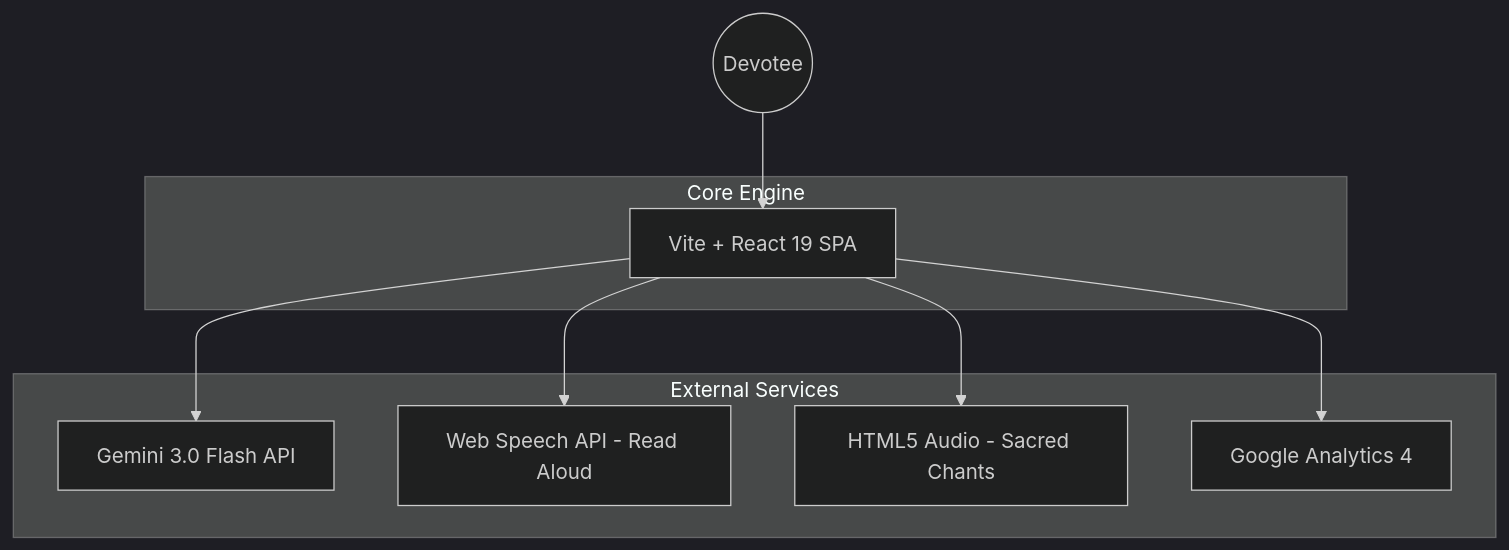
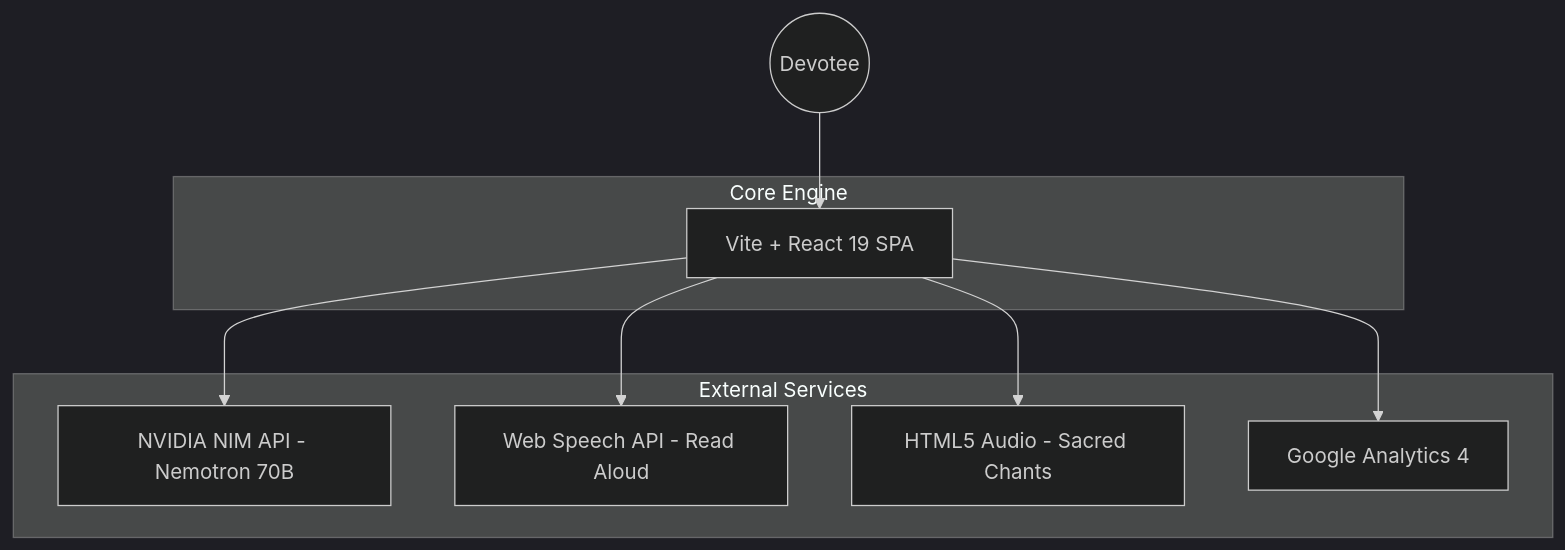
One commit to rahulcvwebsitehosting/KM-Periyava changed the diagram in README.md. Above: the diagram before and after it, drawn with Mermaid (dark theme). The commit also changed other lines of this file and 9 other files, not shown here.

Commit message:
feat: swap Gemini AI for NVIDIA NIM (Nemotron 70B), fix admin env & date bugs

````diff
--- a/README.md
+++ b/README.md
@@ -33,19 +33,19 @@
 ```mermaid
 graph TD
     User((Devotee)) --> Frontend[Vite + React 19 SPA]
-    Frontend --> AI[Gemini 3.0 Flash API]
+    Frontend --> AI[NVIDIA NIM API - Nemotron 70B]
     Frontend --> Speech[Web Speech API - Read Aloud]
     Frontend --> Audio[HTML5 Audio - Sacred Chants]
     Frontend --> Analytics[Google Analytics 4]
     
     subgraph "Core Engine"
     Frontend
     end
     
     subgraph "External Services"
     AI
     Speech
     Audio
     Analytics
     end
 ```
````
